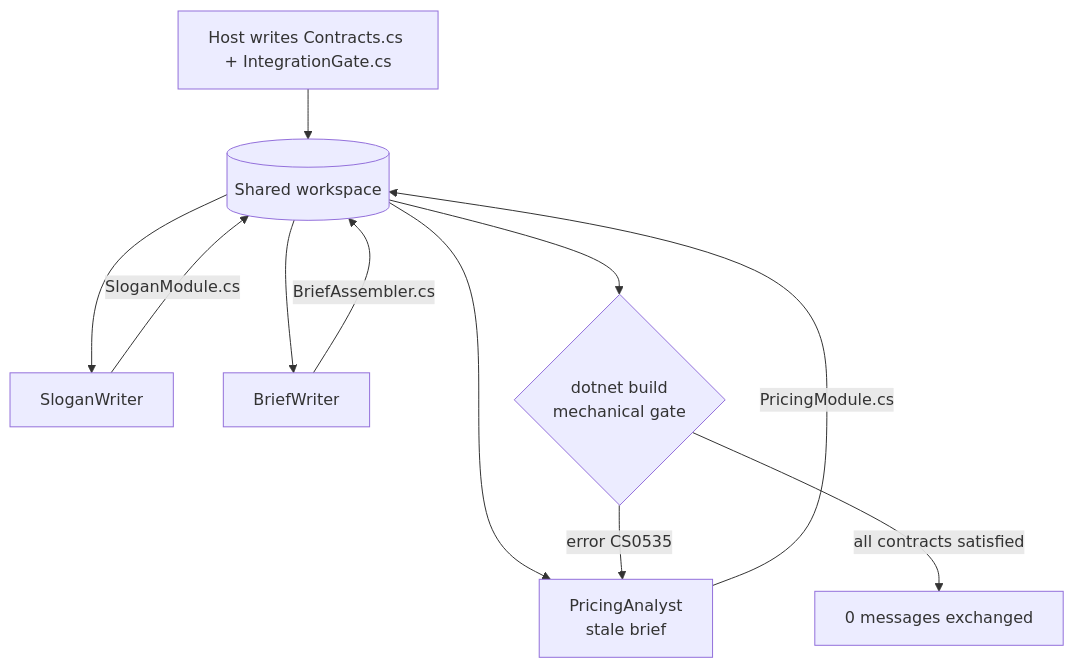
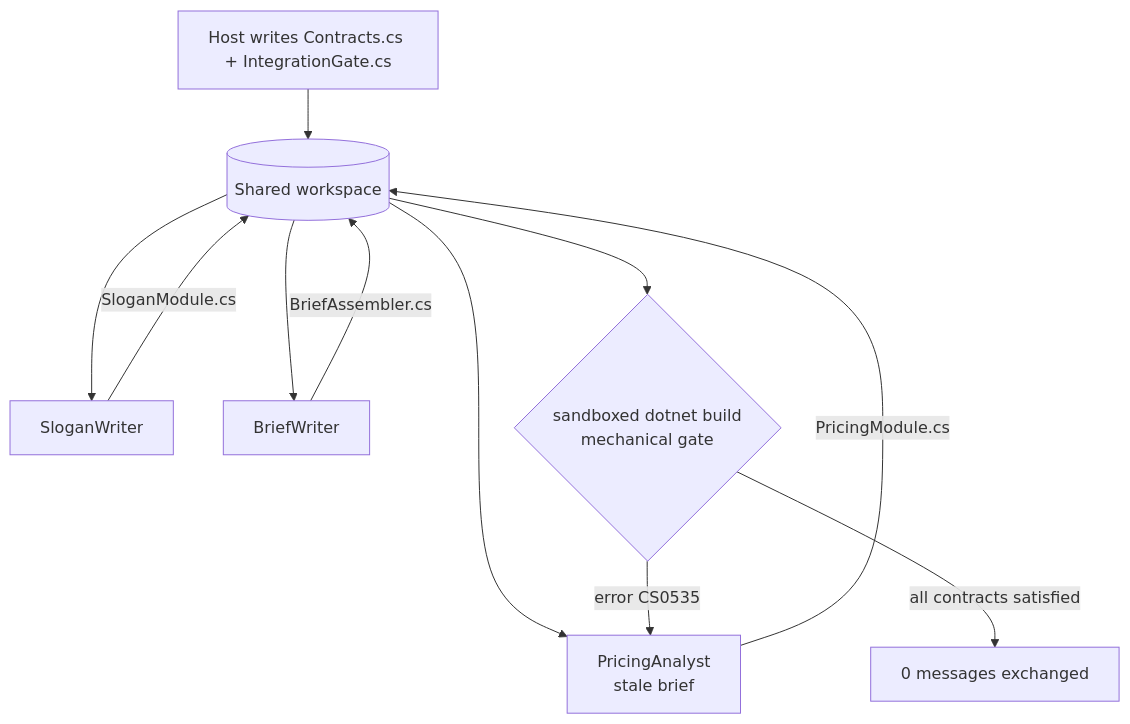
Before and after one commit to arst/agentic-patterns: the diagram in PatternExplorer/patterns/StigmergicCoordination.md, drawn with Mermaid. The commit also changed other lines of this file and 4 other files, not shown here.

First line of the commit message:
fix(stigmergic): run the build gate inside the sandbox with limits and cleanup

````diff
--- a/PatternExplorer/patterns/StigmergicCoordination.md
+++ b/PatternExplorer/patterns/StigmergicCoordination.md
@@ -62,13 +62,13 @@
 ```mermaid
 flowchart TD
     H[Host writes Contracts.cs + IntegrationGate.cs] --> WS[(Shared workspace)]
     WS --> W1[SloganWriter]
     WS --> W2[PricingAnalyst<br/>stale brief]
     WS --> W3[BriefWriter]
     W1 -->|SloganModule.cs| WS
     W2 -->|PricingModule.cs| WS
     W3 -->|BriefAssembler.cs| WS
-    WS --> G{dotnet build<br/>mechanical gate}
+    WS --> G{sandboxed dotnet build<br/>mechanical gate}
     G -->|error CS0535| W2
     G -->|all contracts satisfied| DONE[0 messages exchanged]
 ```
````
